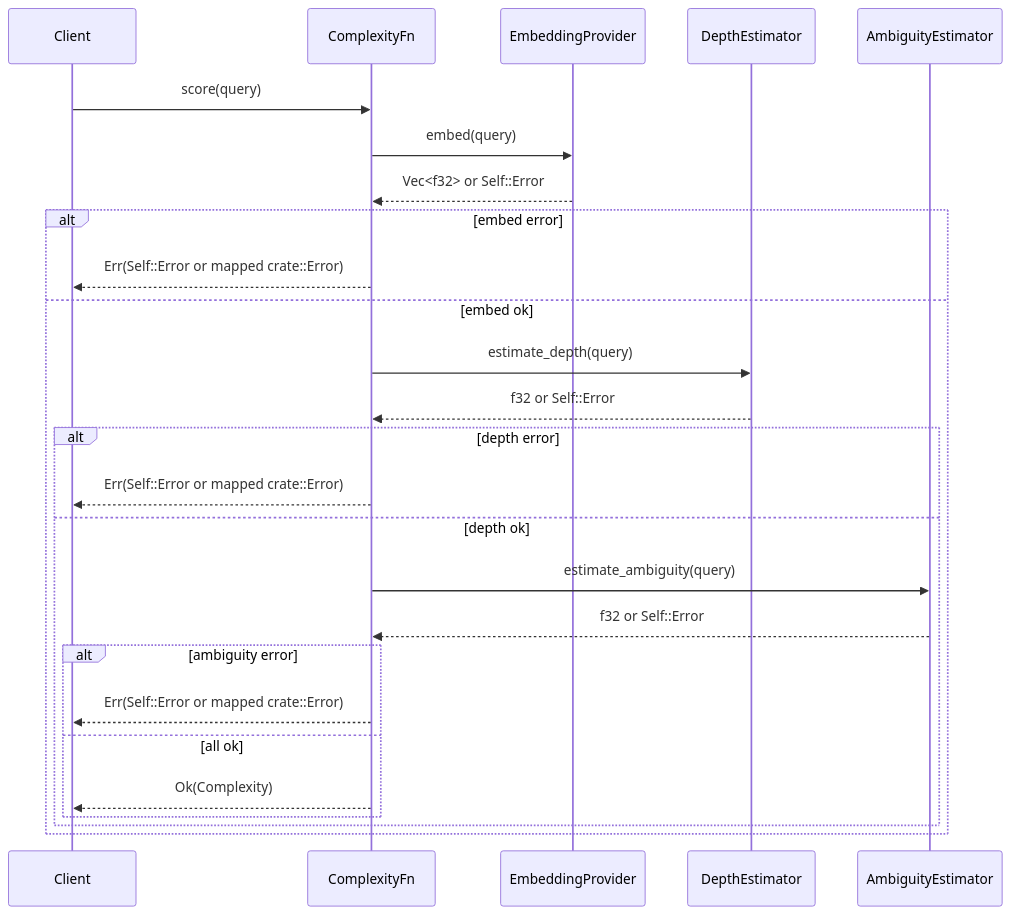
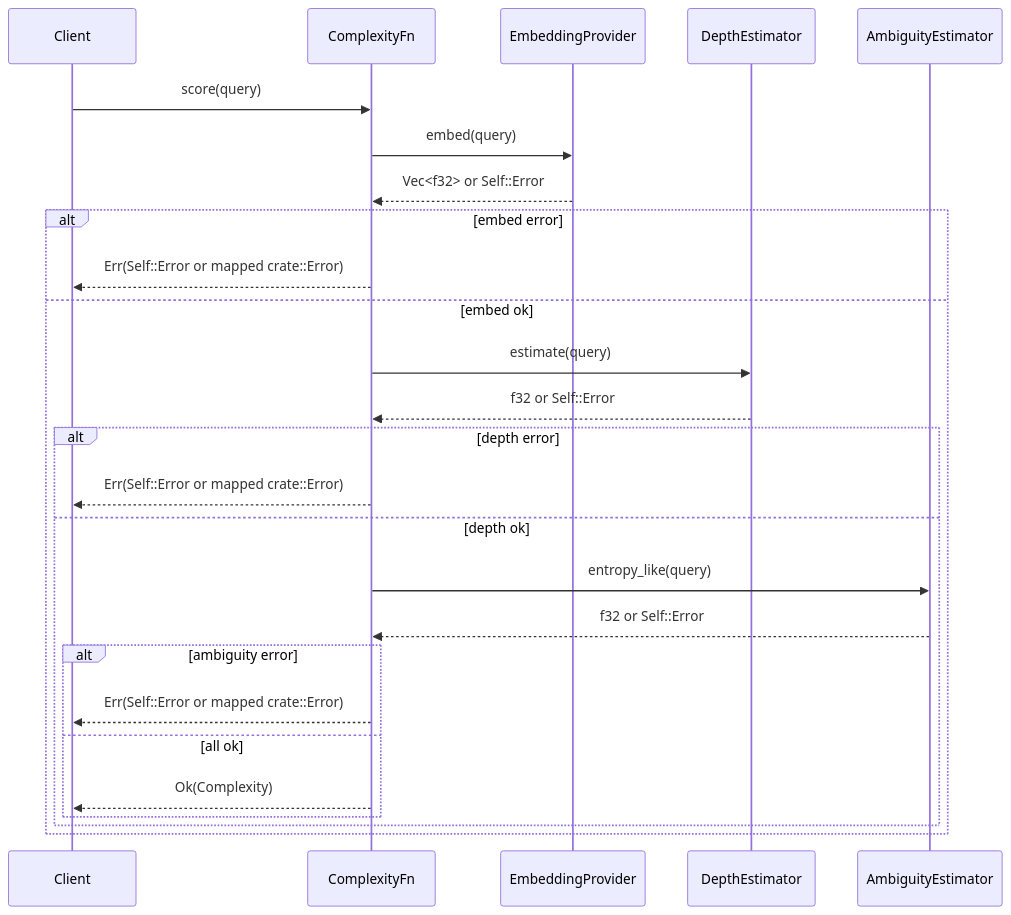
One commit to leynos/lag-complexity changed the diagram in docs/lag-complexity-function-design.md. Above: the diagram before and after it, drawn with Mermaid. The commit also changed other lines of this file and 3 other files, not shown here.

````diff
--- a/docs/lag-complexity-function-design.md
+++ b/docs/lag-complexity-function-design.md
@@ -202,29 +192,29 @@
 ```mermaid
 sequenceDiagram
   participant Client
   participant ComplexityFn
   participant EmbeddingProvider
   participant DepthEstimator
   participant AmbiguityEstimator
 
   Client->>ComplexityFn: score(query)
   ComplexityFn->>EmbeddingProvider: embed(query)
   EmbeddingProvider-->>ComplexityFn: Vec<f32> or Self::Error
   alt embed error
     ComplexityFn-->>Client: Err(Self::Error or mapped crate::Error)
   else embed ok
-    ComplexityFn->>DepthEstimator: estimate_depth(query)
+    ComplexityFn->>DepthEstimator: estimate(query)
     DepthEstimator-->>ComplexityFn: f32 or Self::Error
     alt depth error
       ComplexityFn-->>Client: Err(Self::Error or mapped crate::Error)
     else depth ok
-      ComplexityFn->>AmbiguityEstimator: estimate_ambiguity(query)
+      ComplexityFn->>AmbiguityEstimator: entropy_like(query)
       AmbiguityEstimator-->>ComplexityFn: f32 or Self::Error
       alt ambiguity error
         ComplexityFn-->>Client: Err(Self::Error or mapped crate::Error)
       else all ok
         ComplexityFn-->>Client: Ok(Complexity)
       end
     end
   end
 ```
````
